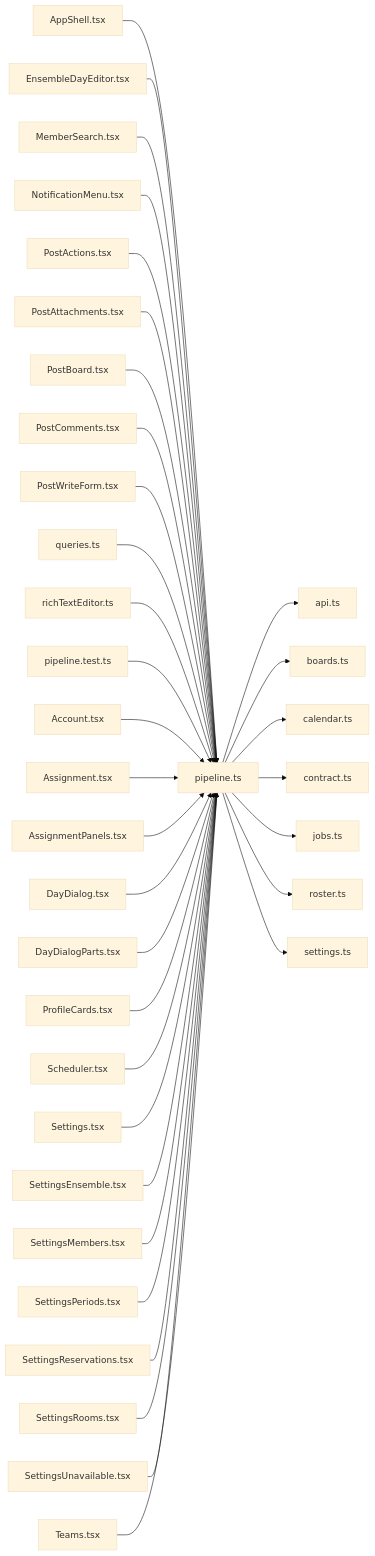
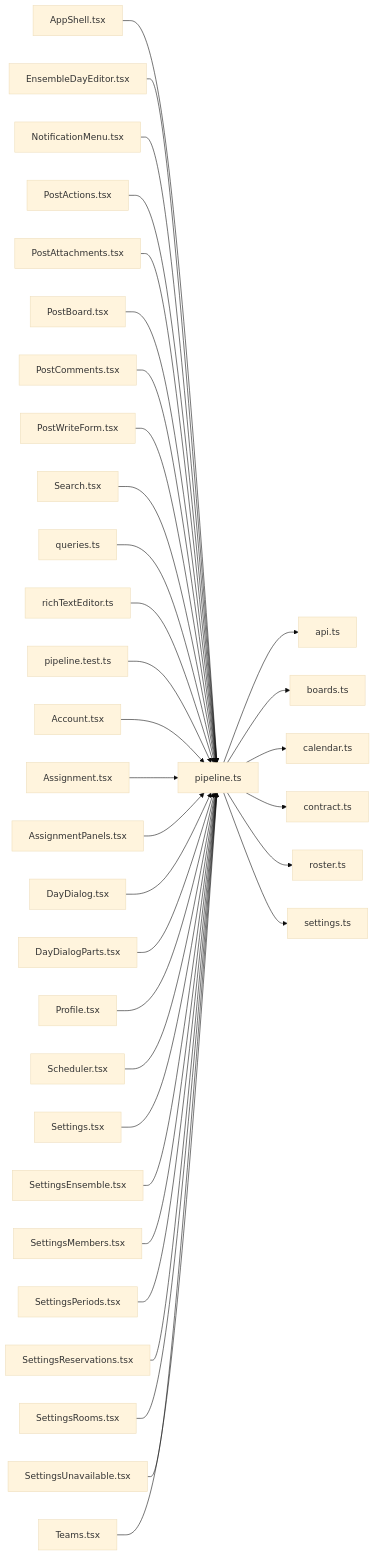
One commit to minkong-dev/Banblit changed the diagram in .cluedoc/graph/frontend/src/lib/pipeline.md. Above: the diagram before and after it, drawn with Mermaid (base theme). The commit also changed other lines of this file and 78 other files, not shown here.

Commit message:
frontend: merge single-function files into Board, Profile, Search, controls, loading and pipeline

````diff
--- a/.cluedoc/graph/frontend/src/lib/pipeline.md
+++ b/.cluedoc/graph/frontend/src/lib/pipeline.md
@@ -10,38 +10,37 @@
 ```mermaid
 flowchart LR
   frontend_src_lib_pipeline["pipeline.ts"]
   frontend_src_lib_pipeline --> frontend_src_lib_api["api.ts"]
   frontend_src_lib_pipeline --> frontend_src_lib_boards["boards.ts"]
   frontend_src_lib_pipeline --> frontend_src_lib_calendar["calendar.ts"]
   frontend_src_lib_pipeline --> frontend_src_lib_contract["contract.ts"]
-  frontend_src_lib_pipeline --> frontend_src_lib_jobs["jobs.ts"]
   frontend_src_lib_pipeline --> frontend_src_lib_roster["roster.ts"]
   frontend_src_lib_pipeline --> frontend_src_lib_settings["settings.ts"]
   frontend_src_components_AppShell["AppShell.tsx"] --> frontend_src_lib_pipeline
   frontend_src_components_EnsembleDayEditor["EnsembleDayEditor.tsx"] --> frontend_src_lib_pipeline
-  frontend_src_components_MemberSearch["MemberSearch.tsx"] --> frontend_src_lib_pipeline
   frontend_src_components_NotificationMenu["NotificationMenu.tsx"] --> frontend_src_lib_pipeline
   frontend_src_components_PostActions["PostActions.tsx"] --> frontend_src_lib_pipeline
   frontend_src_components_PostAttachments["PostAttachments.tsx"] --> frontend_src_lib_pipeline
   frontend_src_components_PostBoard["PostBoard.tsx"] --> frontend_src_lib_pipeline
   frontend_src_components_PostComments["PostComments.tsx"] --> frontend_src_lib_pipeline
   frontend_src_components_PostWriteForm["PostWriteForm.tsx"] --> frontend_src_lib_pipeline
+  frontend_src_components_Search["Search.tsx"] --> frontend_src_lib_pipeline
   frontend_src_components_queries["queries.ts"] --> frontend_src_lib_pipeline
   frontend_src_components_richTextEditor["richTextEditor.ts"] --> frontend_src_lib_pipeline
   frontend_src_lib_pipeline_test["pipeline.test.ts"] --> frontend_src_lib_pipeline
   frontend_src_routes_Account["Account.tsx"] --> frontend_src_lib_pipeline
   frontend_src_routes_Assignment["Assignment.tsx"] --> frontend_src_lib_pipeline
   frontend_src_routes_AssignmentPanels["AssignmentPanels.tsx"] --> frontend_src_lib_pipeline
   frontend_src_routes_DayDialog["DayDialog.tsx"] --> frontend_src_lib_pipeline
   frontend_src_routes_DayDialogParts["DayDialogParts.tsx"] --> frontend_src_lib_pipeline
-  frontend_src_routes_ProfileCards["ProfileCards.tsx"] --> frontend_src_lib_pipeline
+  frontend_src_routes_Profile["Profile.tsx"] --> frontend_src_lib_pipeline
   frontend_src_routes_Scheduler["Scheduler.tsx"] --> frontend_src_lib_pipeline
   frontend_src_routes_Settings["Settings.tsx"] --> frontend_src_lib_pipeline
   frontend_src_routes_SettingsEnsemble["SettingsEnsemble.tsx"] --> frontend_src_lib_pipeline
   frontend_src_routes_SettingsMembers["SettingsMembers.tsx"] --> frontend_src_lib_pipeline
   frontend_src_routes_SettingsPeriods["SettingsPeriods.tsx"] --> frontend_src_lib_pipeline
   frontend_src_routes_SettingsReservations["SettingsReservations.tsx"] --> frontend_src_lib_pipeline
   frontend_src_routes_SettingsRooms["SettingsRooms.tsx"] --> frontend_src_lib_pipeline
   frontend_src_routes_SettingsUnavailable["SettingsUnavailable.tsx"] --> frontend_src_lib_pipeline
   frontend_src_routes_Teams["Teams.tsx"] --> frontend_src_lib_pipeline
 ```
````
